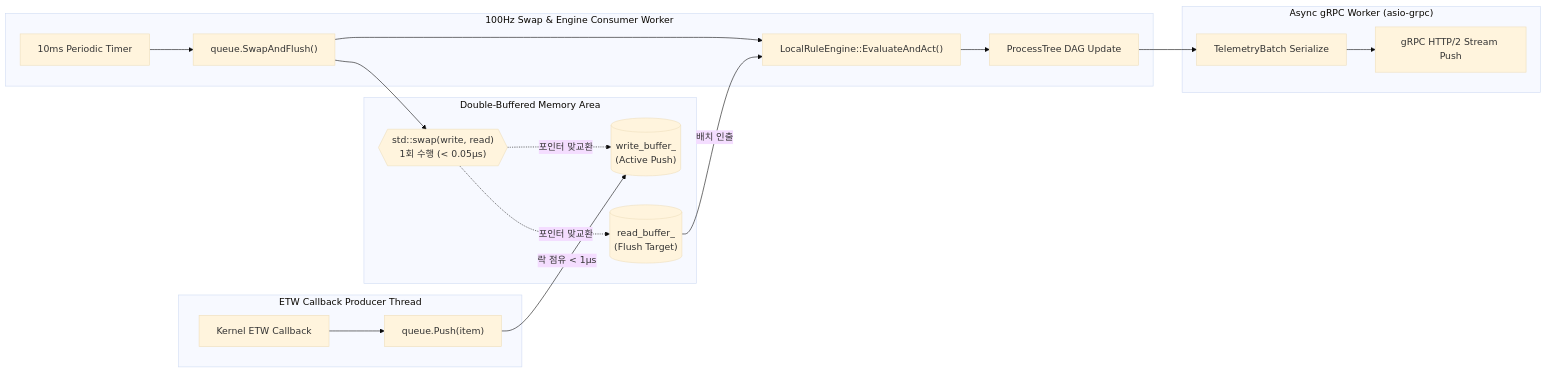
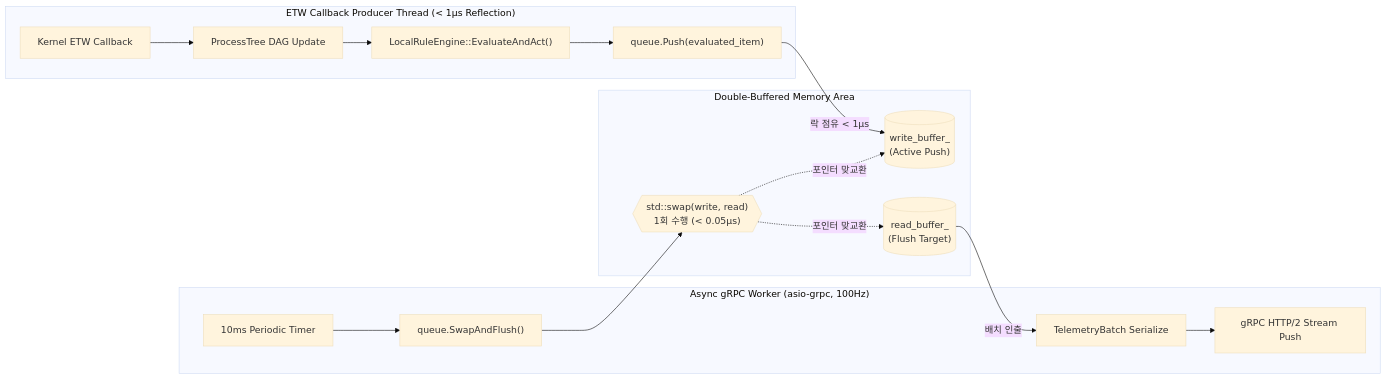
The second of 3 diagrams in Phalanx/docs/01_system_architecture.md (jin20203458/Obsidian.Agent), drawn with Mermaid (base theme) before and after one commit. The commit also changed other lines of this file and 1 other file, not shown here.

Commit message:
docs(phalanx): certify 01_system_architecture via 4-gate independent audit

````diff
--- a/Phalanx/docs/01_system_architecture.md
+++ b/Phalanx/docs/01_system_architecture.md
@@ -86,29 +88,25 @@
 ```mermaid
 flowchart LR
-    subgraph PRODUCER ["ETW Callback Producer Thread"]
-        KernelEv["Kernel ETW Callback"] --> Push["queue.Push(item)"]
+    subgraph PRODUCER ["ETW Callback Producer Thread (< 1μs Reflection)"]
+        KernelEv["Kernel ETW Callback"] --> TreeUpdate["ProcessTree DAG Update"]
+        TreeUpdate --> Eval["LocalRuleEngine::EvaluateAndAct()"]
+        Eval --> Push["queue.Push(evaluated_item)"]
     end
 
     subgraph QUEUE ["Double-Buffered Memory Area"]
         BufA[("write_buffer_\n(Active Push)")]
         BufB[("read_buffer_\n(Flush Target)")]
         SwapOper{{"std::swap(write, read)\n1회 수행 (< 0.05μs)"}}
     end
 
-    subgraph CONSUMER ["100Hz Swap & Engine Consumer Worker"]
+    subgraph IPC_DISPATCH ["Async gRPC Worker (asio-grpc, 100Hz)"]
         Timer["10ms Periodic Timer"] --> Swap["queue.SwapAndFlush()"]
-        Swap --> Eval["LocalRuleEngine::EvaluateAndAct()"]
-        Eval --> TreeUpdate["ProcessTree DAG Update"]
-    end
-
-    subgraph IPC_DISPATCH ["Async gRPC Worker (asio-grpc)"]
-        TreeUpdate --> BatchSerialize["TelemetryBatch Serialize"]
+        Swap --> SwapOper
+        SwapOper -.->|"포인터 맞교환"| BufA
+        SwapOper -.->|"포인터 맞교환"| BufB
+        BufB -->|"배치 인출"| BatchSerialize["TelemetryBatch Serialize"]
         BatchSerialize --> Http2Stream["gRPC HTTP/2 Stream Push"]
     end
 
     Push -->|"락 점유 < 1μs"| BufA
-    Swap --> SwapOper
-    SwapOper -.->|"포인터 맞교환"| BufA
-    SwapOper -.->|"포인터 맞교환"| BufB
-    BufB -->|"배치 인출"| Eval
 ```
````
